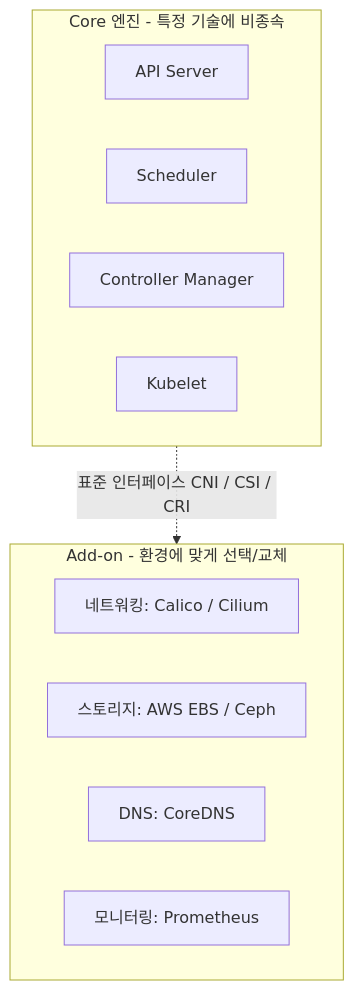
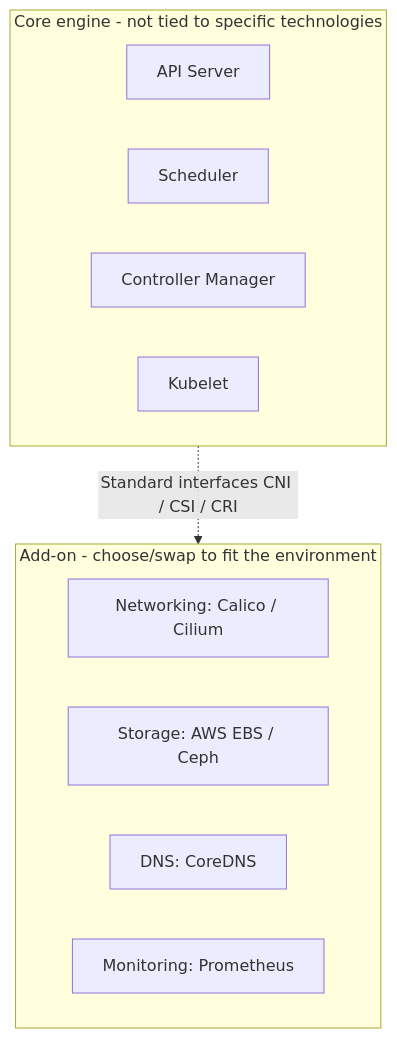
The diagram in content/basics/04-addon-concept.md (jeonck/k8s-adv), drawn with Mermaid before and after one commit. The commit also changed other lines of this file and 223 other files, not shown here.

````diff
--- a/content/basics/04-addon-concept.md
+++ b/content/basics/04-addon-concept.md
@@ -51,16 +51,16 @@
 ```mermaid
 graph TB
-    subgraph CORE[Core 엔진 - 특정 기술에 비종속]
+    subgraph CORE["Core engine - not tied to specific technologies"]
         API[API Server]
         SCH[Scheduler]
         CM[Controller Manager]
         KL[Kubelet]
     end
-    subgraph ADDON[Add-on - 환경에 맞게 선택/교체]
-        CNI[네트워킹: Calico / Cilium]
-        CSI[스토리지: AWS EBS / Ceph]
-        DNS[DNS: CoreDNS]
-        MON[모니터링: Prometheus]
+    subgraph ADDON["Add-on - choose/swap to fit the environment"]
+        CNI["Networking: Calico / Cilium"]
+        CSI["Storage: AWS EBS / Ceph"]
+        DNS["DNS: CoreDNS"]
+        MON["Monitoring: Prometheus"]
     end
-    CORE -. 표준 인터페이스 CNI / CSI / CRI .-> ADDON
+    CORE -. "Standard interfaces CNI / CSI / CRI" .-> ADDON
 ```
````
